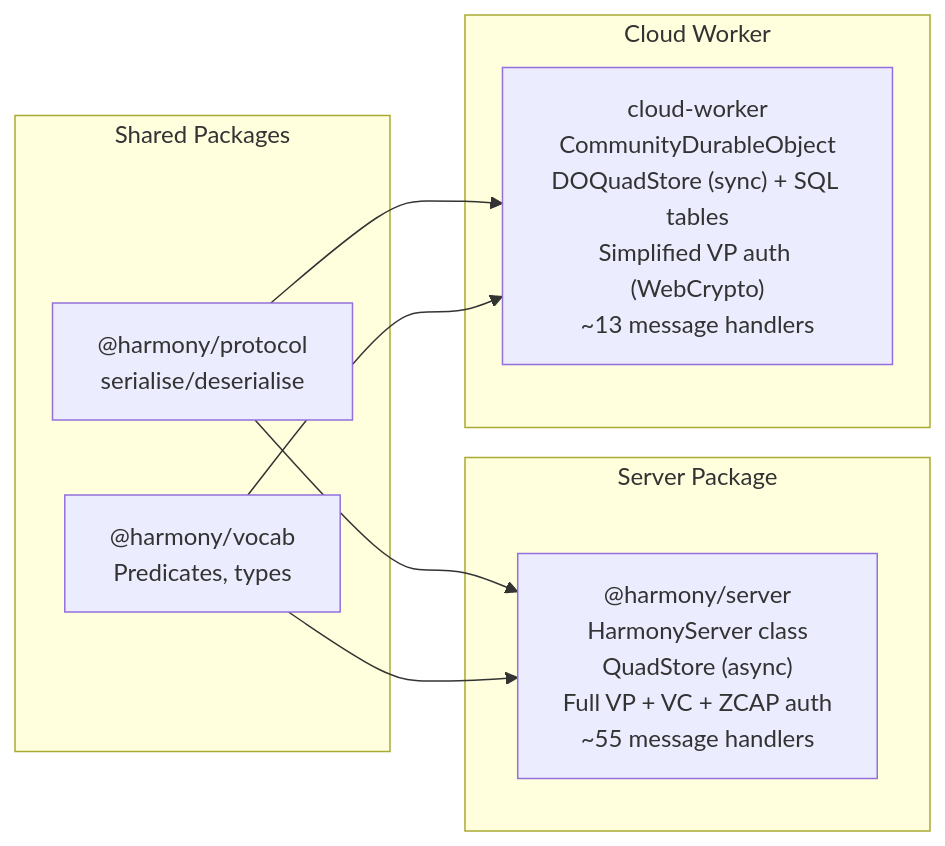
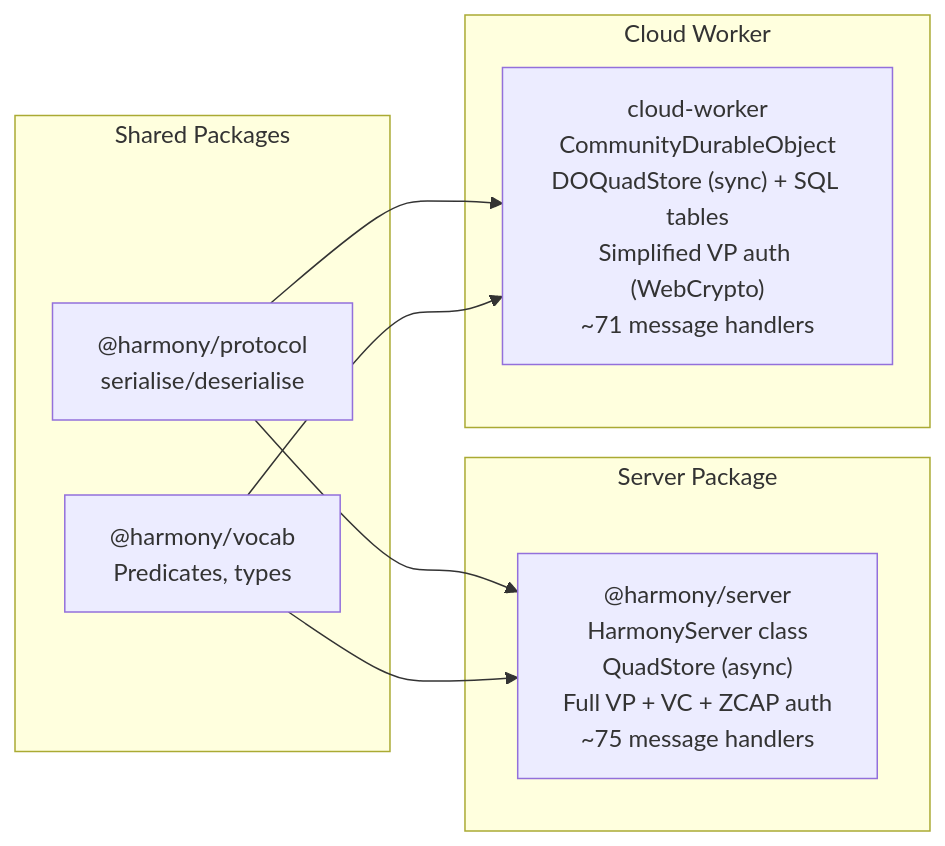
Diagram 42 of 42 in ARCHITECTURE.md (HexaField/harmony), drawn with Mermaid before and after one commit. The commit also changed other lines of this file and 2 other files, not shown here.

First line of the commit message:
docs: update ROADMAP, ARCHITECTURE, TEST-MATRIX for CF Realtime SFU migration

````diff
--- a/ARCHITECTURE.md
+++ b/ARCHITECTURE.md
@@ -1069,20 +1112,20 @@
 ```mermaid
 graph LR
     subgraph "Shared Packages"
         Protocol["@harmony/protocol<br/>serialise/deserialise"]
         Vocab["@harmony/vocab<br/>Predicates, types"]
     end
 
     subgraph "Server Package"
-        Server["@harmony/server<br/>HarmonyServer class<br/>QuadStore (async)<br/>Full VP + VC + ZCAP auth<br/>~55 message handlers"]
+        Server["@harmony/server<br/>HarmonyServer class<br/>QuadStore (async)<br/>Full VP + VC + ZCAP auth<br/>~75 message handlers"]
     end
 
     subgraph "Cloud Worker"
-        CW["cloud-worker<br/>CommunityDurableObject<br/>DOQuadStore (sync) + SQL tables<br/>Simplified VP auth (WebCrypto)<br/>~13 message handlers"]
+        CW["cloud-worker<br/>CommunityDurableObject<br/>DOQuadStore (sync) + SQL tables<br/>Simplified VP auth (WebCrypto)<br/>~71 message handlers"]
     end
 
     Protocol --> Server
     Protocol --> CW
     Vocab --> Server
     Vocab --> CW
 ```
````
